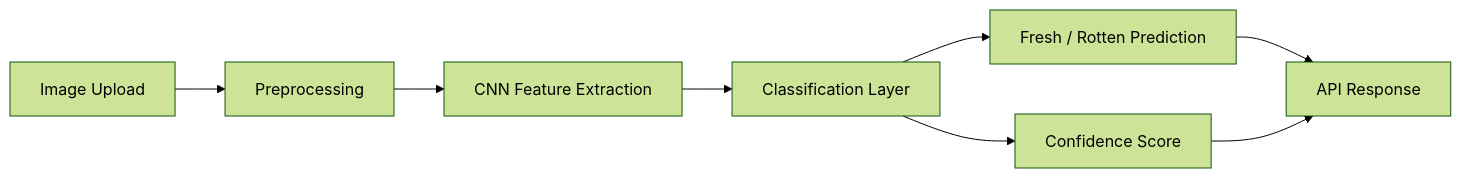
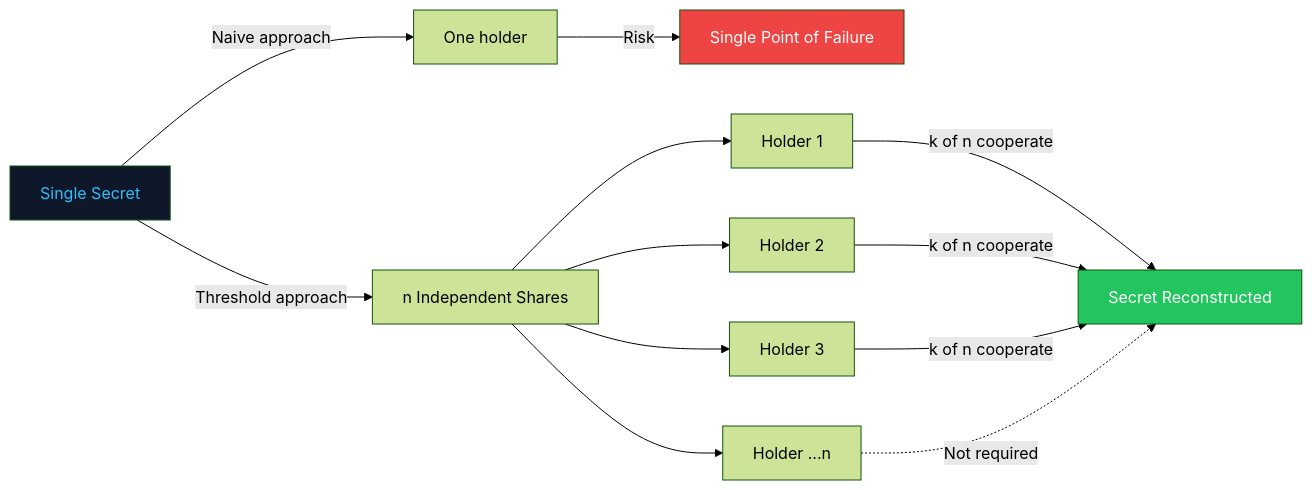
Before and after one commit to bhagavan444/shamir-secret-sharing: the first of 13 diagrams in README.md, drawn with Mermaid (forest theme). The commit also changed other lines of this file, not shown here.

````diff
--- a/README.md
+++ b/README.md
@@ -179,10 +149,18 @@
 ```mermaid
 flowchart LR
-    A[Image Upload] --> B[Preprocessing]
-    B --> C[CNN Feature Extraction]
-    C --> D[Classification Layer]
-    D --> E[Fresh / Rotten Prediction]
-    D --> F[Confidence Score]
-    E --> G[API Response]
-    F --> G
+    A[Single Secret] -->|Naive approach| B[One holder]
+    B -->|Risk| C[Single Point of Failure]
+
+    A -->|Threshold approach| D[n Independent Shares]
+    D --> E1[Holder 1]
+    D --> E2[Holder 2]
+    D --> E3[Holder 3]
+    D --> E4[Holder ...n]
+
+    E1 & E2 & E3 -->|k of n cooperate| F[Secret Reconstructed]
+    E4 -.->|Not required| F
+
+    style C fill:#EF4444,color:#fff
+    style F fill:#22C55E,color:#fff
+    style A fill:#0F172A,color:#38BDF8
 ```
````
